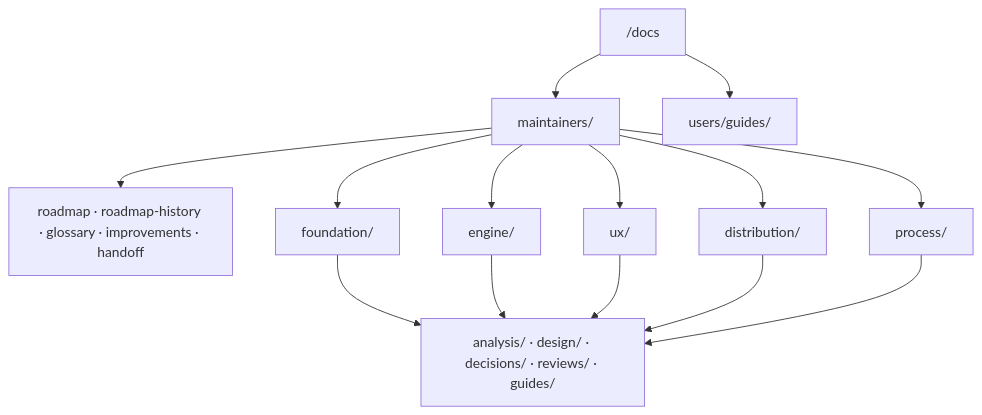
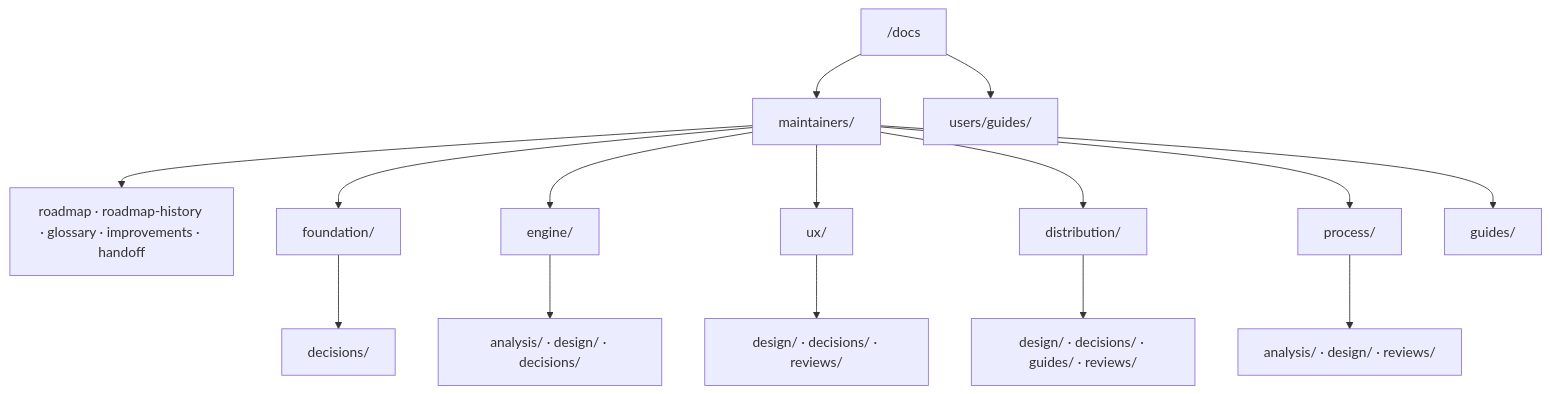
The diagram in docs/README.md (alergyonthestage/ytdl), drawn with Mermaid before and after one commit. The commit also changed other lines of this file and 6 other files, not shown here.

````diff
--- a/docs/README.md
+++ b/docs/README.md
@@ -17,16 +17,17 @@
 ```mermaid
 flowchart TD
   D["/docs"] --> M["maintainers/"]
   D --> U["users/guides/"]
   M --> X["roadmap · roadmap-history · glossary · improvements · handoff"]
   M --> F["foundation/"]
   M --> E["engine/"]
   M --> UX["ux/"]
   M --> DI["distribution/"]
   M --> P["process/"]
-  F --> T["analysis/ · design/ · decisions/ · reviews/ · guides/"]
-  E --> T
-  UX --> T
-  DI --> T
-  P --> T
+  M --> MG["guides/"]
+  F --> FT["decisions/"]
+  E --> ET["analysis/ · design/ · decisions/"]
+  UX --> UT["design/ · decisions/ · reviews/"]
+  DI --> DT["design/ · decisions/ · guides/ · reviews/"]
+  P --> PT["analysis/ · design/ · reviews/"]
 ```
````
